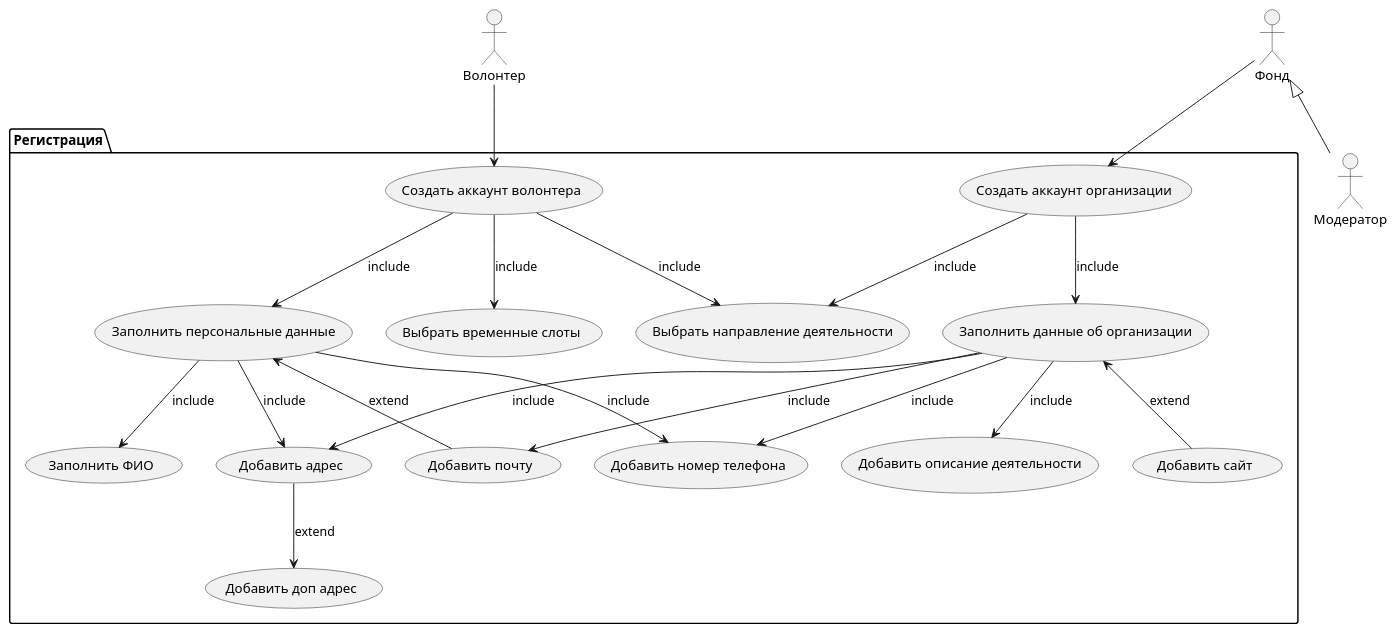
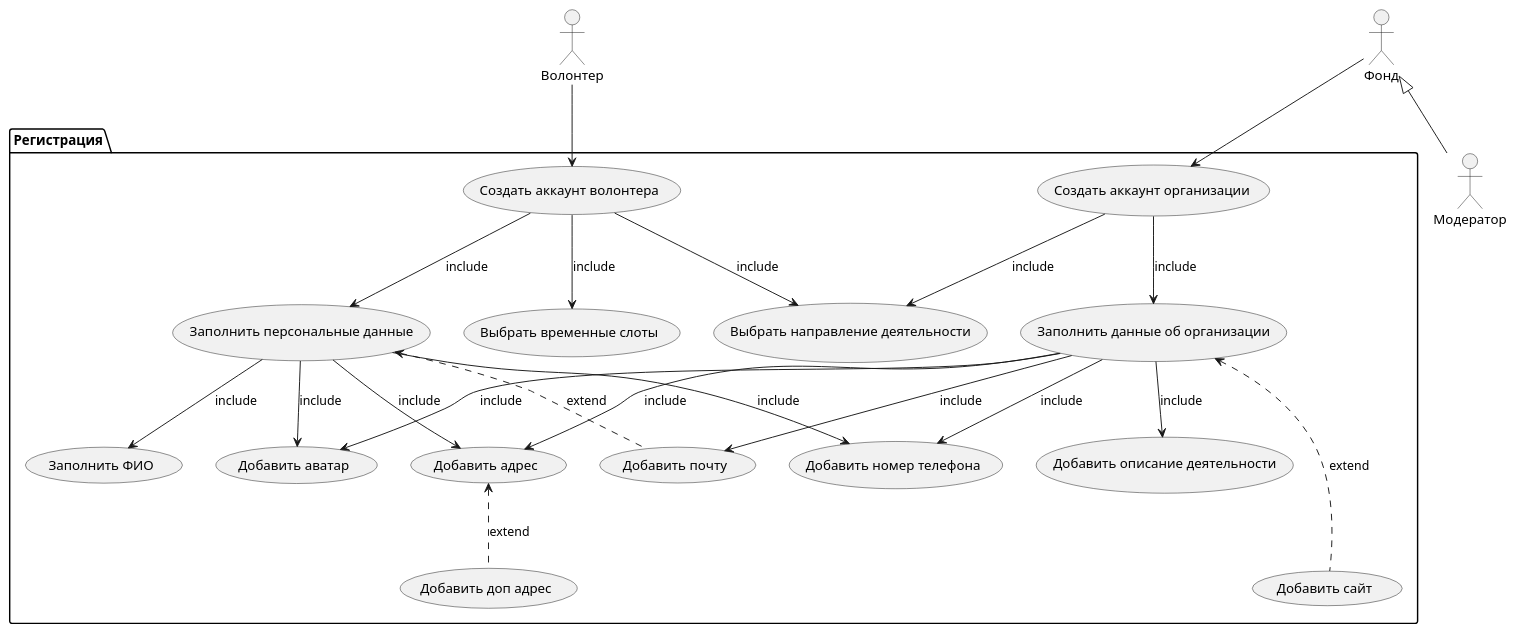
One commit to irinaevstratova/Dobrbobr changed the first of 2 diagrams in my-website/docs/Schema/Scenario.md. Above: the diagram before and after it, drawn with PlantUML. The commit also changed other lines of this file and 20 other files, not shown here.

````diff
--- a/my-website/docs/Schema/Scenario.md
+++ b/my-website/docs/Schema/Scenario.md
@@ -45,6 +45,8 @@
 
 usecase "Добавить почту" as UC15
 
+usecase "Добавить аватар" as UC16
+
 }
 
 v --> UC2
@@ -53,7 +55,11 @@
 
 UC7 --> UC10: include
 
+UC7 --> UC16: include
+
 UC12 --> UC10: include
+
+UC12 --> UC16: include
 
 UC11 --> UC8: include
 
@@ -71,18 +77,19 @@
 
 UC12 --> UC5: include
 
-UC5 --> UC6: extend
+UC5 <.. UC6: extend
 
-UC12 <-- UC13: extend
+UC12 <..- UC13: extend
 
 UC12 --> UC14: include
 
 UC12 --> UC15: include
 
-UC7 <-- UC15: extend
+UC7 <.. UC15: extend
 
 f <|-- m
 
 @enduml
 
+
 ```
````
